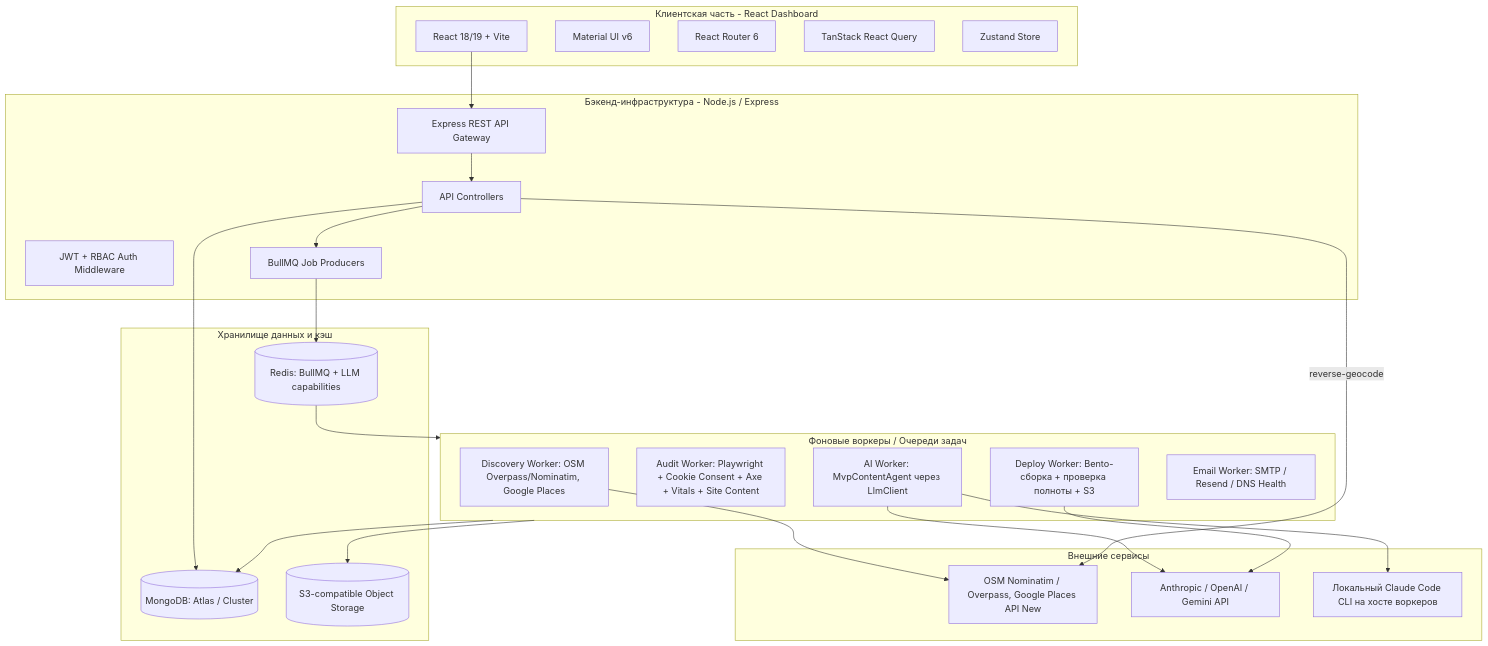
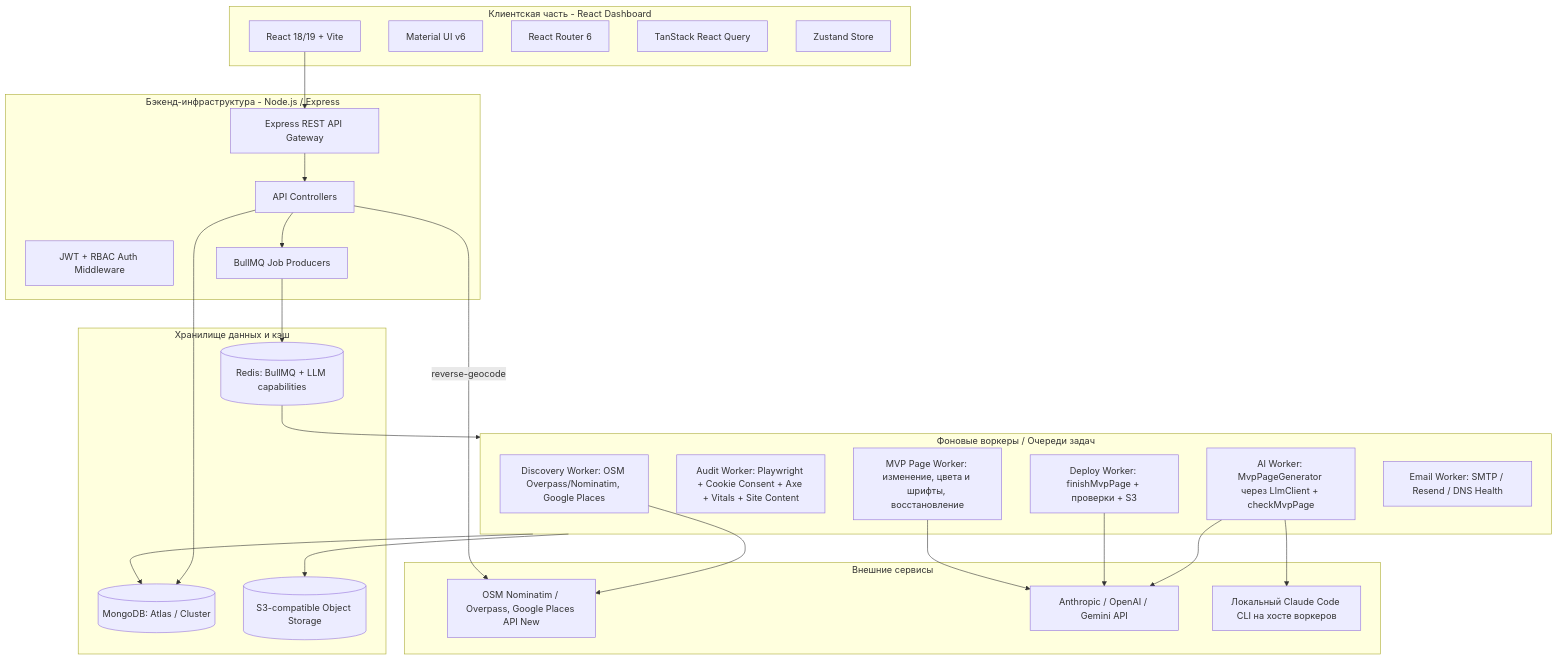
Before and after one commit to yurykurouski/revamp-docs: the second of 10 diagrams in blueprint.md, drawn with Mermaid. The commit also changed other lines of this file, not shown here.

Commit message:
docs(REV-142): blueprint.md — model-designed MVP page: pipeline, schemas, versions, API rows, page queue

````diff
--- a/blueprint.md
+++ b/blueprint.md
@@ -29,51 +29,53 @@
 ```mermaid
 graph TB
     subgraph Frontend [Клиентская часть - React Dashboard]
         UI[React 18/19 + Vite]
         MUI[Material UI v6]
         Router[React Router 6]
         Query[TanStack React Query]
         State[Zustand Store]
     end
 
     subgraph API [Бэкенд-инфраструктура - Node.js / Express]
         Gateway[Express REST API Gateway]
         Auth[JWT + RBAC Auth Middleware]
         Controllers[API Controllers]
         Queues[BullMQ Job Producers]
     end
 
     subgraph Workers [Фоновые воркеры / Очереди задач]
         W_Disc[Discovery Worker: OSM Overpass/Nominatim, Google Places]
         W_Audit[Audit Worker: Playwright + Cookie Consent + Axe + Vitals + Site Content]
-        W_AI[AI Worker: MvpContentAgent через LlmClient]
-        W_Gen[Deploy Worker: Bento-сборка + проверка полноты + S3]
+        W_AI[AI Worker: MvpPageGenerator через LlmClient + checkMvpPage]
+        W_Gen[Deploy Worker: finishMvpPage + проверки + S3]
+        W_Page[MVP Page Worker: изменение, цвета и шрифты, восстановление]
         W_Mail[Email Worker: SMTP / Resend / DNS Health]
     end
 
     subgraph Data [Хранилище данных и кэш]
         Mongo[(MongoDB: Atlas / Cluster)]
         Redis[(Redis: BullMQ + LLM capabilities)]
         S3[(S3-compatible Object Storage)]
     end
 
     subgraph External [Внешние сервисы]
         Maps[OSM Nominatim / Overpass, Google Places API New]
         LLM[Anthropic / OpenAI / Gemini API]
         CLI[Локальный Claude Code CLI на хосте воркеров]
     end
 
     UI --> Gateway
     Gateway --> Controllers
     Controllers --> Queues
     Queues --> Redis
     Redis --> Workers
     Workers --> Mongo
     Workers --> S3
     Controllers --> Mongo
     W_Disc --> Maps
     W_AI --> LLM
     W_AI --> CLI
     W_Gen --> LLM
+    W_Page --> LLM
     Controllers -->|reverse-geocode| Maps
 ```
````
